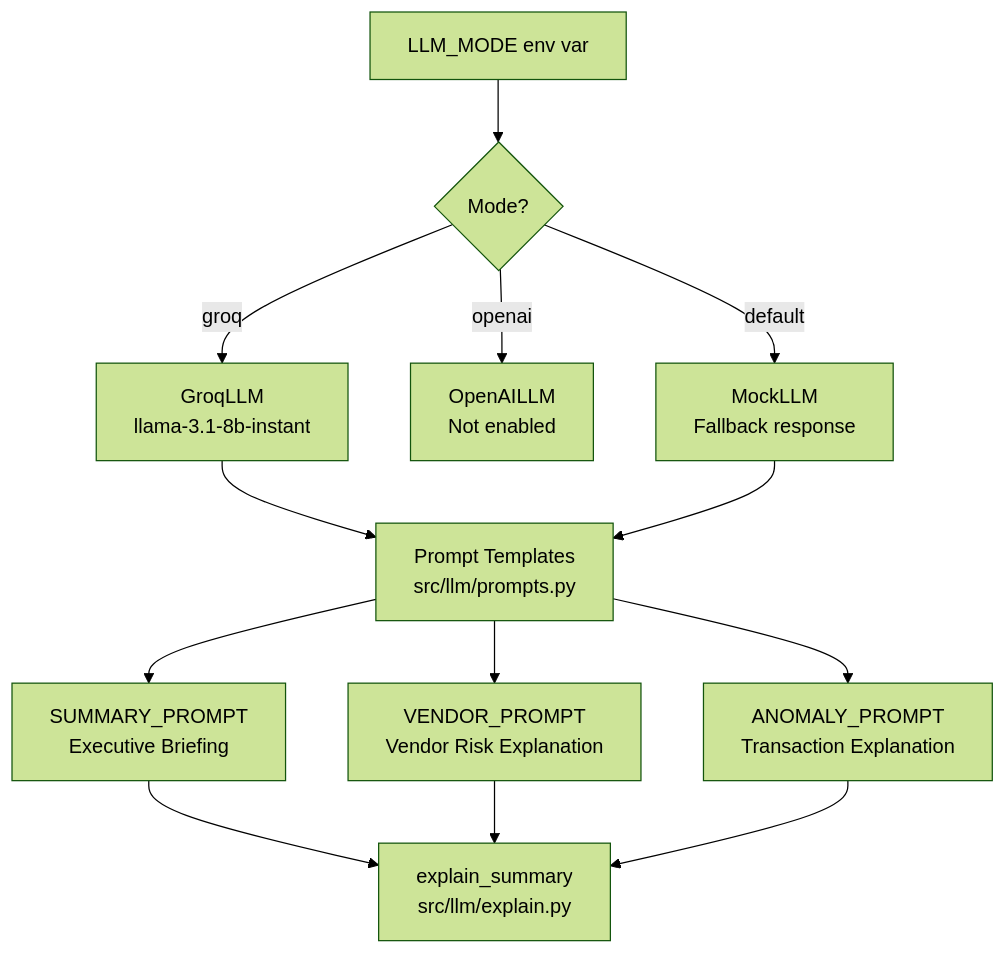
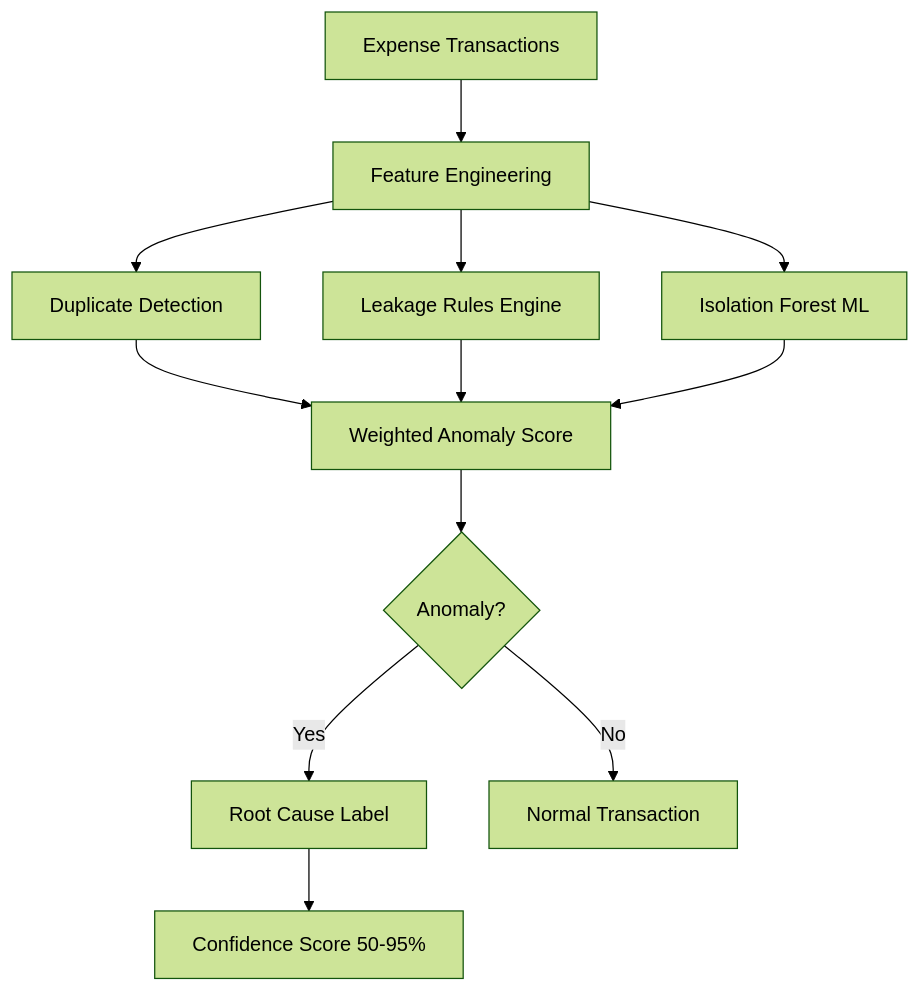
The second of 2 diagrams in README.md (dhruvi1604/agentic-cost-leakage-hunter), drawn with Mermaid (forest theme) before and after one commit. The commit also changed other lines of this file, not shown here.

Commit message:
update: professional README with architecture diagrams

````diff
--- a/README.md
+++ b/README.md
@@ -225,18 +46,14 @@
 ```mermaid
 flowchart TD
-    A[LLM_MODE env var] --> B{Mode?}
-    B -- groq --> C[GroqLLM\nllama-3.1-8b-instant]
-    B -- openai --> D[OpenAILLM\nNot enabled]
-    B -- default --> E[MockLLM\nFallback response]
-
-    C --> F[Prompt Templates\nsrc/llm/prompts.py]
+    A[Expense Transactions] --> B[Feature Engineering]
+    B --> C[Duplicate Detection]
+    B --> D[Leakage Rules Engine]
+    B --> E[Isolation Forest ML]
+    C --> F[Weighted Anomaly Score]
+    D --> F
     E --> F
-
-    F --> G1[SUMMARY_PROMPT\nExecutive Briefing]
-    F --> G2[VENDOR_PROMPT\nVendor Risk Explanation]
-    F --> G3[ANOMALY_PROMPT\nTransaction Explanation]
-
-    G1 --> H[explain_summary\nsrc/llm/explain.py]
-    G2 --> H
-    G3 --> H
+    F --> G{Anomaly?}
+    G -- Yes --> H[Root Cause Label]
+    G -- No --> I[Normal Transaction]
+    H --> J[Confidence Score 50-95%]
 ```
````
